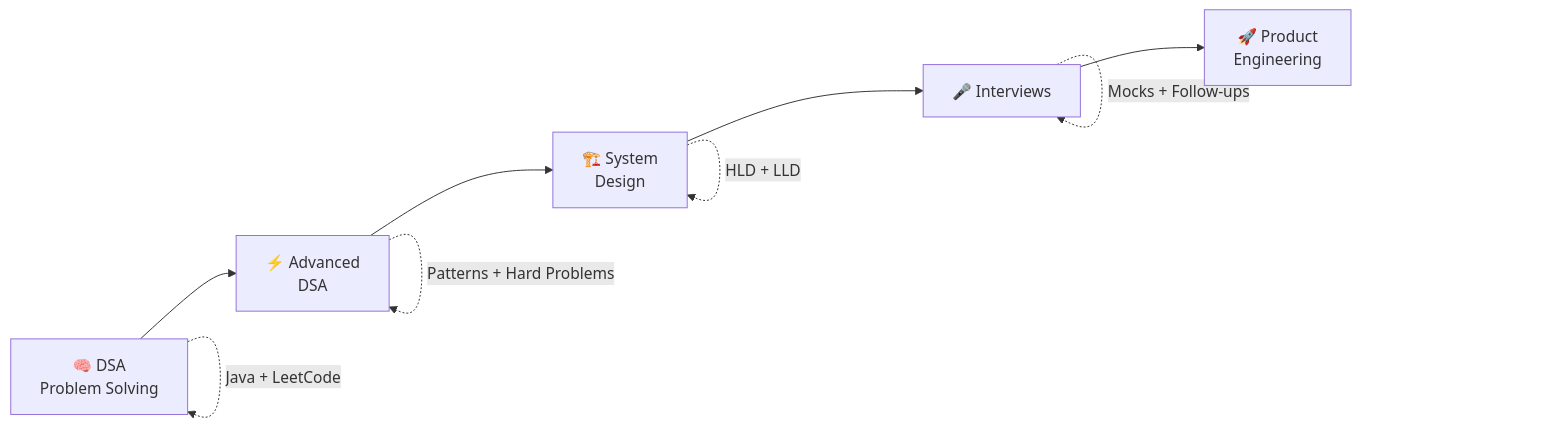
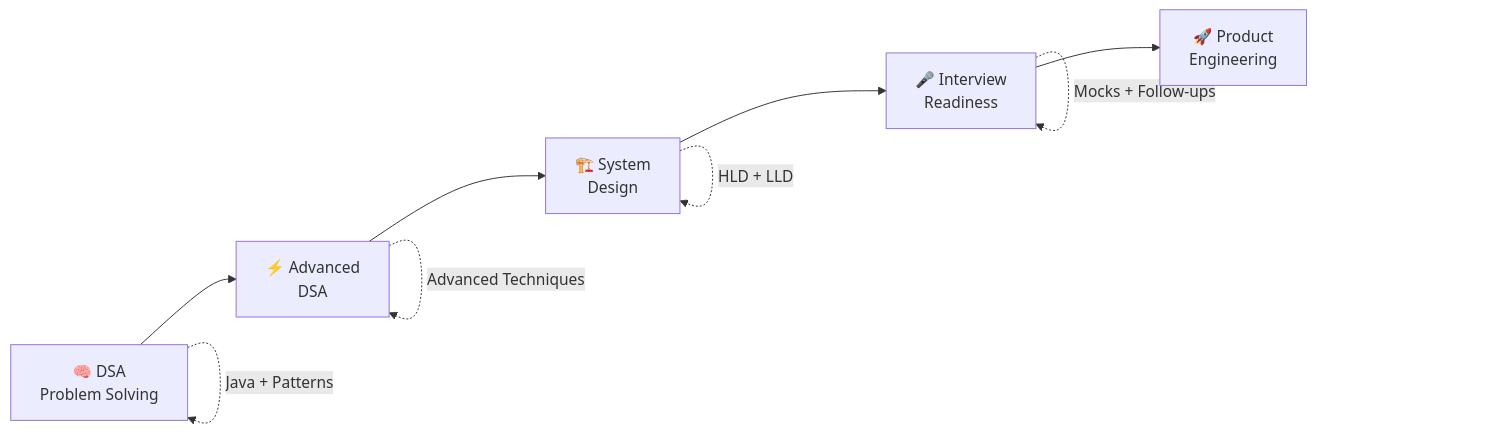
One commit to pavanganeshbhagathi/product-engineering-preparation changed the first of 7 diagrams in README.md. Above: the diagram before and after it, drawn with Mermaid. The commit also changed other lines of this file, not shown here.

First line of the commit message:
docs: refine product engineering roadmap and resources

````diff
--- a/README.md
+++ b/README.md
@@ -15,12 +15,15 @@
 ```mermaid
 flowchart LR
-    A["🧠 DSA<br/>Problem Solving"] --> B["⚡ Advanced<br/>DSA"]
-    B --> C["🏗️ System<br/>Design"]
-    C --> D["🎤 Interviews"]
-    D --> E["🚀 Product<br/>Engineering"]
+    A["🧠 DSA<br/>Problem Solving"]
+    B["⚡ Advanced<br/>DSA"]
+    C["🏗️ System<br/>Design"]
+    D["🎤 Interview<br/>Readiness"]
+    E["🚀 Product<br/>Engineering"]
 
-    A -. "Java + LeetCode" .-> A
-    B -. "Patterns + Hard Problems" .-> B
+    A --> B --> C --> D --> E
+
+    A -. "Java + Patterns" .-> A
+    B -. "Advanced Techniques" .-> B
     C -. "HLD + LLD" .-> C
     D -. "Mocks + Follow-ups" .-> D
 ```
````
